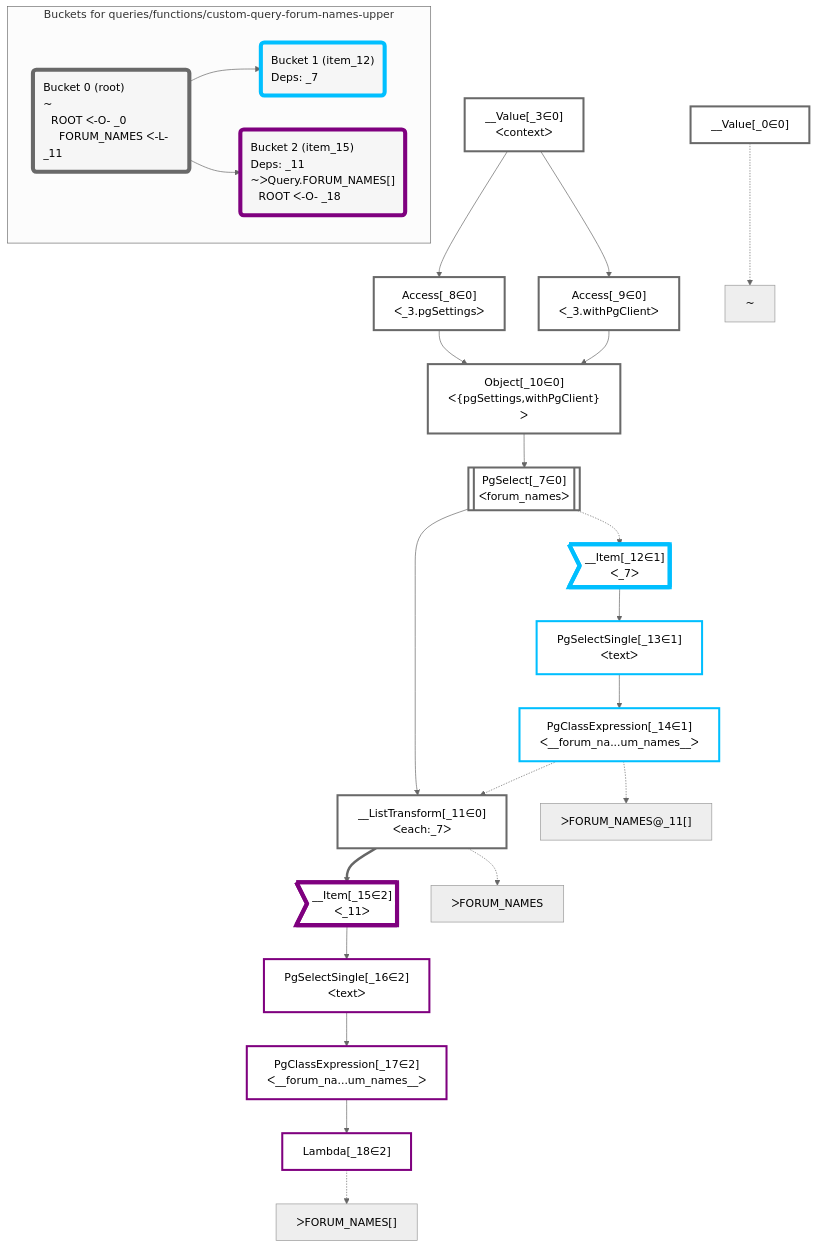
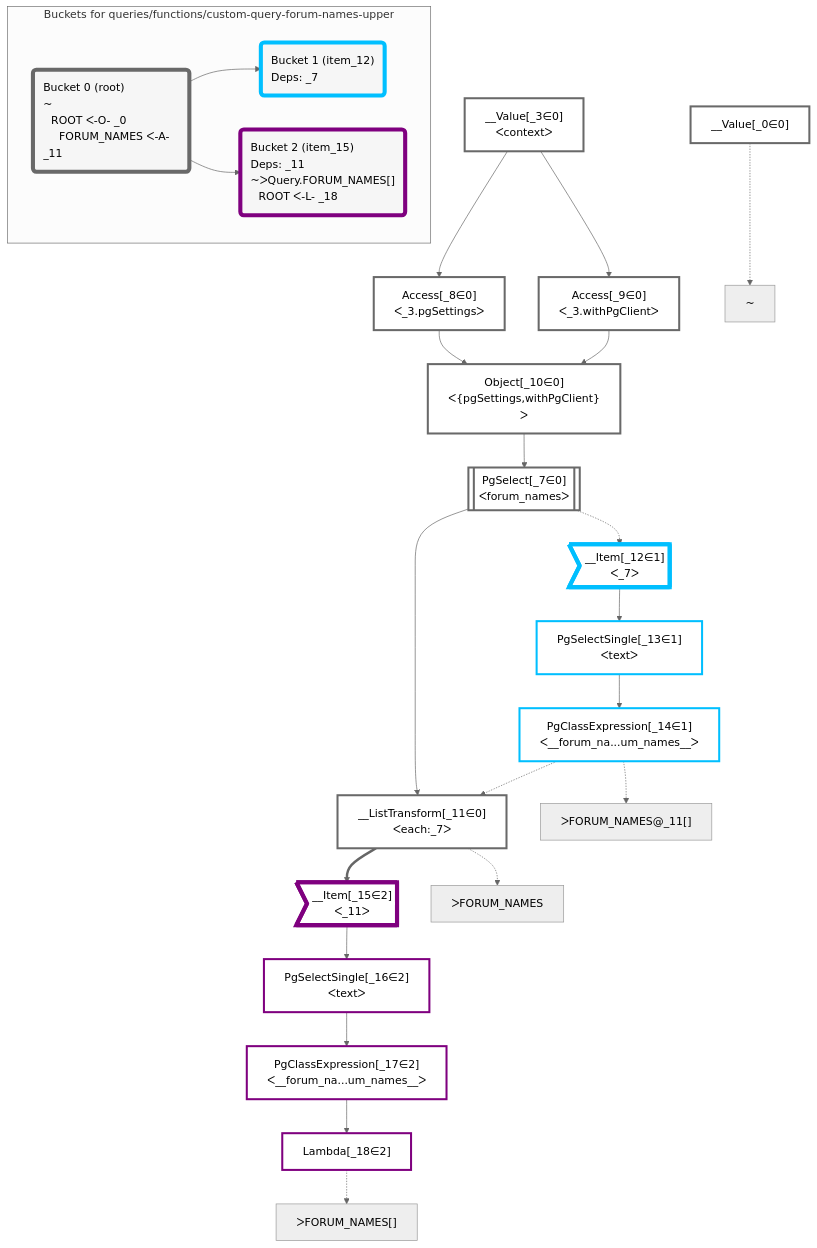
The diagram in packages/dataplan-pg/__tests__/queries/functions/custom-query-forum-names-upper.mermaid.md (graphile/crystal), drawn with Mermaid (neutral theme) before and after one commit. The commit also changed 13 other files, not shown here.

````diff
--- a/packages/dataplan-pg/__tests__/queries/functions/custom-query-forum-names-upper.mermaid.md
+++ b/packages/dataplan-pg/__tests__/queries/functions/custom-query-forum-names-upper.mermaid.md
@@ -1,70 +1,70 @@
 ```mermaid
 graph TD
     classDef path fill:#eee,stroke:#000,color:#000
     classDef plan fill:#fff,stroke-width:3px,color:#000
     classDef itemplan fill:#fff,stroke-width:6px,color:#000
     classDef sideeffectplan fill:#f00,stroke-width:6px,color:#000
     classDef bucket fill:#f6f6f6,color:#000,stroke-width:6px,text-align:left
 
 
     %% define plans
     __Value_0["__Value[_0∈0]"]:::plan
     __Value_3["__Value[_3∈0]<br />ᐸcontextᐳ"]:::plan
     PgSelect_7[["PgSelect[_7∈0]<br />ᐸforum_namesᐳ"]]:::plan
     Access_8["Access[_8∈0]<br />ᐸ_3.pgSettingsᐳ"]:::plan
     Access_9["Access[_9∈0]<br />ᐸ_3.withPgClientᐳ"]:::plan
     Object_10["Object[_10∈0]<br />ᐸ{pgSettings,withPgClient}ᐳ"]:::plan
     __ListTransform_11["__ListTransform[_11∈0]<br />ᐸeach:_7ᐳ"]:::plan
     __Item_12>"__Item[_12∈1]<br />ᐸ_7ᐳ"]:::itemplan
     PgSelectSingle_13["PgSelectSingle[_13∈1]<br />ᐸtextᐳ"]:::plan
     PgClassExpression_14["PgClassExpression[_14∈1]<br />ᐸ__forum_na...um_names__ᐳ"]:::plan
     __Item_15>"__Item[_15∈2]<br />ᐸ_11ᐳ"]:::itemplan
     PgSelectSingle_16["PgSelectSingle[_16∈2]<br />ᐸtextᐳ"]:::plan
     PgClassExpression_17["PgClassExpression[_17∈2]<br />ᐸ__forum_na...um_names__ᐳ"]:::plan
     Lambda_18["Lambda[_18∈2]"]:::plan
 
     %% plan dependencies
     Object_10 --> PgSelect_7
     __Value_3 --> Access_8
     __Value_3 --> Access_9
     Access_8 --> Object_10
     Access_9 --> Object_10
     PgSelect_7 --> __ListTransform_11
     PgClassExpression_14 -.-> __ListTransform_11
     PgSelect_7 -.-> __Item_12
     __Item_12 --> PgSelectSingle_13
     PgSelectSingle_13 --> PgClassExpression_14
     __ListTransform_11 ==> __Item_15
     __Item_15 --> PgSelectSingle_16
     PgSelectSingle_16 --> PgClassExpression_17
     PgClassExpression_17 --> Lambda_18
 
     %% plan-to-path relationships
     P_0["~"]
     __Value_0 -.-> P_0
     P_11["ᐳFORUM_NAMES"]
     __ListTransform_11 -.-> P_11
     P_14["ᐳFORUM_NAMES@_11[]"]
     PgClassExpression_14 -.-> P_14
     P_18["ᐳFORUM_NAMES[]"]
     Lambda_18 -.-> P_18
 
     %% allocate buckets
     classDef bucket0 stroke:#696969
     class __Value_0,__Value_3,PgSelect_7,Access_8,Access_9,Object_10,__ListTransform_11 bucket0
     classDef bucket1 stroke:#00bfff
     class __Item_12,PgSelectSingle_13,PgClassExpression_14 bucket1
     classDef bucket2 stroke:#7f007f
     class __Item_15,PgSelectSingle_16,PgClassExpression_17,Lambda_18 bucket2
 
     subgraph "Buckets for queries/functions/custom-query-forum-names-upper"
-    Bucket0("Bucket 0 (root)<br />~<br />⠀ROOT ᐸ-O- _0<br />⠀⠀FORUM_NAMES ᐸ-L- _11"):::bucket
+    Bucket0("Bucket 0 (root)<br />~<br />⠀ROOT ᐸ-O- _0<br />⠀⠀FORUM_NAMES ᐸ-A- _11"):::bucket
     style Bucket0 stroke:#696969
     Bucket1("Bucket 1 (item_12)<br />Deps: _7"):::bucket
     style Bucket1 stroke:#00bfff
     Bucket0 --> Bucket1
-    Bucket2("Bucket 2 (item_15)<br />Deps: _11<br />~ᐳQuery.FORUM_NAMES[]<br />⠀ROOT ᐸ-O- _18"):::bucket
+    Bucket2("Bucket 2 (item_15)<br />Deps: _11<br />~ᐳQuery.FORUM_NAMES[]<br />⠀ROOT ᐸ-L- _18"):::bucket
     style Bucket2 stroke:#7f007f
     Bucket0 --> Bucket2
     end
 ```
````
